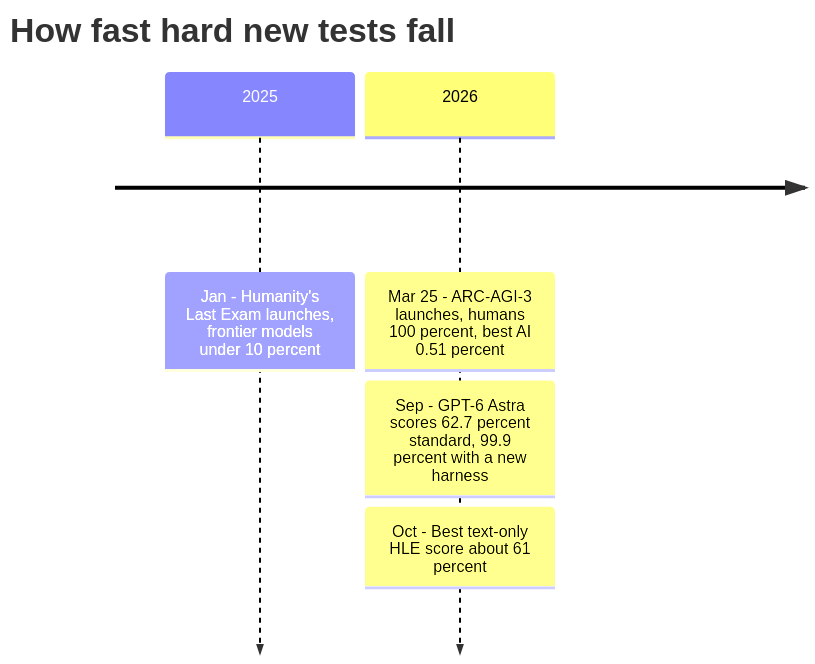
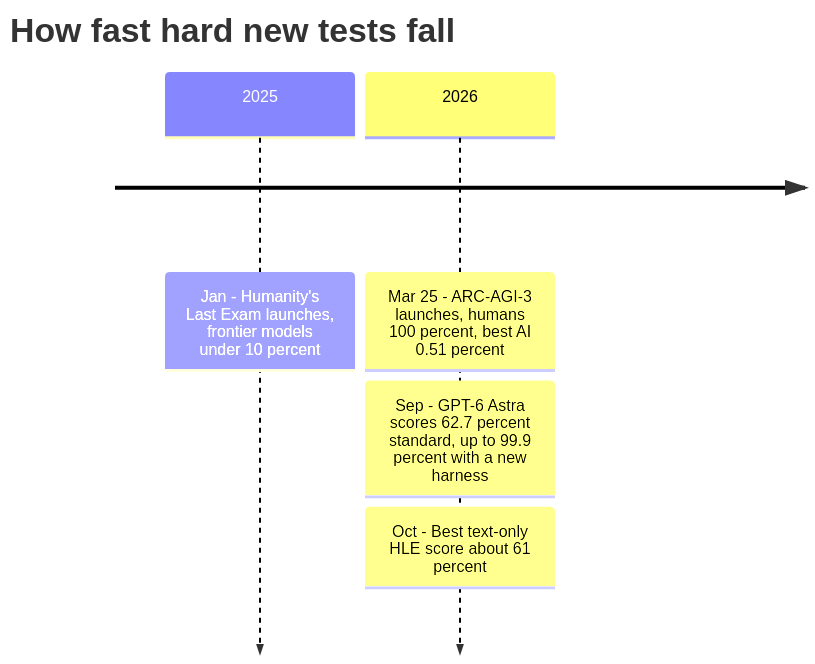
The seventh of 9 diagrams in ai-book/chapters/60-work-economy-debates.md (mcichael1-eng/Leash-Holder-2), drawn with Mermaid before and after one commit. The commit also changed other lines of this file and 50 other files, not shown here.

````diff
--- a/ai-book/chapters/60-work-economy-debates.md
+++ b/ai-book/chapters/60-work-economy-debates.md
@@ -443,8 +443,8 @@
 ```mermaid
 timeline
     title How fast hard new tests fall
     2025 : Jan - Humanity's Last Exam launches, frontier models under 10 percent
     2026 : Mar 25 - ARC-AGI-3 launches, humans 100 percent, best AI 0.51 percent
-         : Sep - GPT-6 Astra scores 62.7 percent standard, 99.9 percent with a new harness
+         : Sep - GPT-6 Astra scores 62.7 percent standard, up to 99.9 percent with a new harness
          : Oct - Best text-only HLE score about 61 percent
 ```
````
